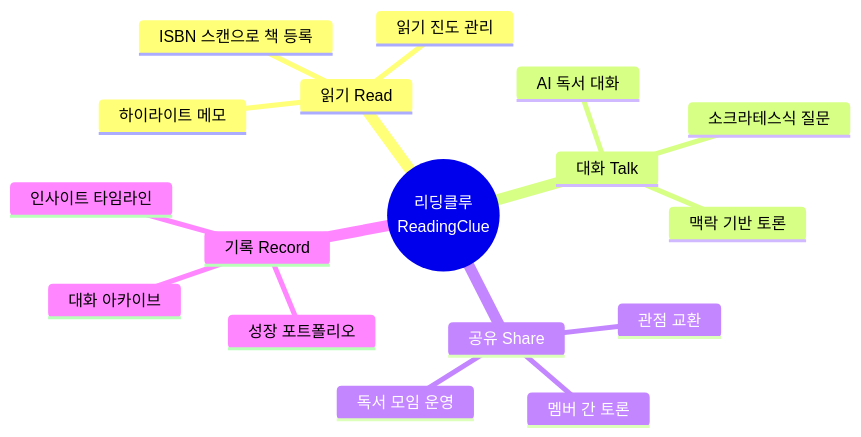
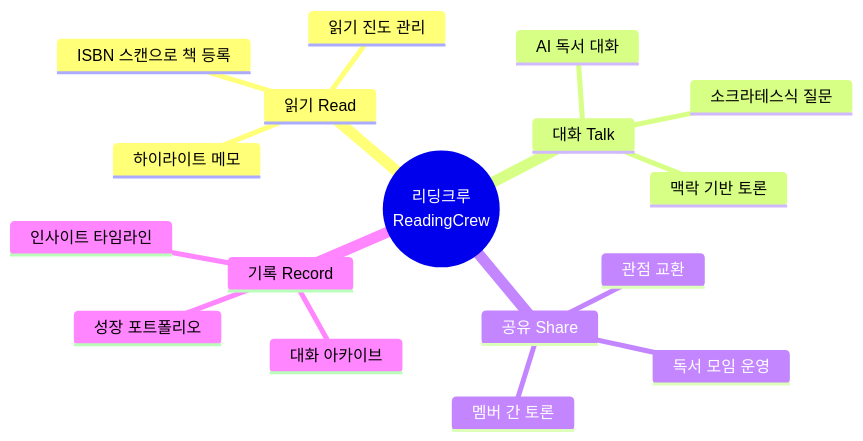
The first of 29 diagrams in 아이디어/1단계- AI_독서대화_앱_기획_가이드.md (Collegenie-X/ReadingClueProject), drawn with Mermaid before and after one commit. The commit also changed other lines of this file and 9 other files, not shown here.

````diff
--- a/아이디어/1단계- AI_독서대화_앱_기획_가이드.md
+++ b/아이디어/1단계- AI_독서대화_앱_기획_가이드.md
@@ -37,20 +37,20 @@
 ```mermaid
 mindmap
-  root((리딩클루<br/>ReadingClue))
+  root((리딩크루<br/>ReadingCrew))
     읽기 Read
       ISBN 스캔으로 책 등록
       읽기 진도 관리
       하이라이트 메모
     대화 Talk
       AI 독서 대화
       소크라테스식 질문
       맥락 기반 토론
     공유 Share
       관점 교환
       독서 모임 운영
       멤버 간 토론
     기록 Record
       대화 아카이브
       성장 포트폴리오
       인사이트 타임라인
 ```
````
